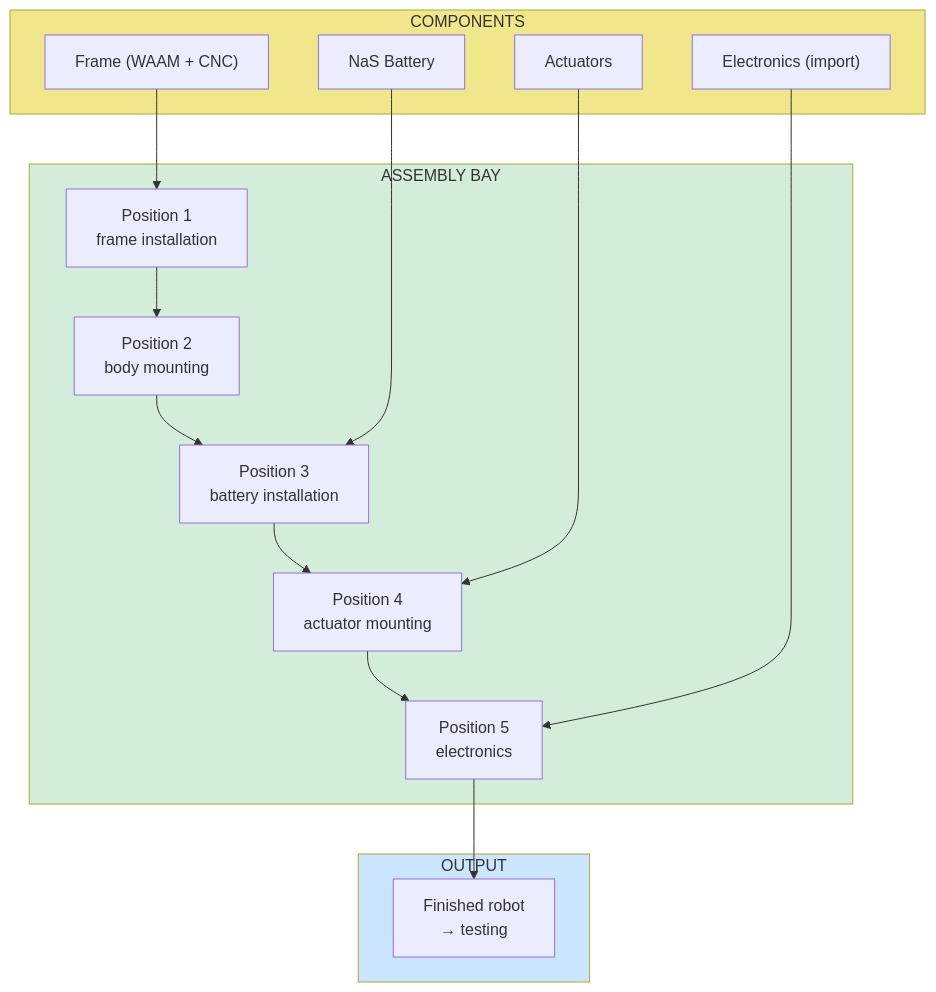
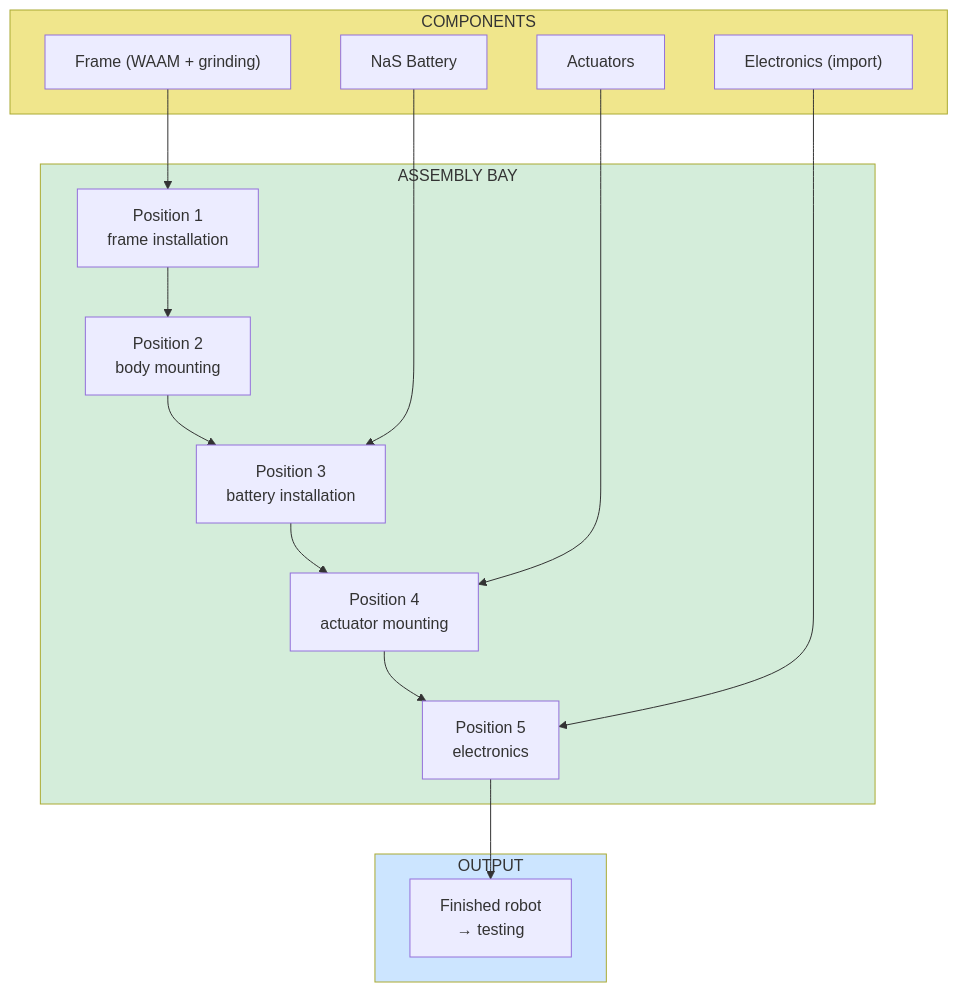
One commit to DmitryNasikanov/infinite-energy changed the diagram in en/science/detailed/robots/overview.qmd. Above: the diagram before and after it, drawn with Mermaid. The commit also changed other lines of this file and 35 other files, not shown here.

````diff
--- a/en/science/detailed/robots/overview.qmd
+++ b/en/science/detailed/robots/overview.qmd
@@ -146,35 +146,35 @@
 ```{mermaid}
 flowchart TD
     subgraph INPUT["COMPONENTS"]
-        FRAME["Frame (WAAM + CNC)"]
+        FRAME["Frame (WAAM + grinding)"]
         BATTERY["NaS Battery"]
         ACTUATORS["Actuators"]
         ELECTRONICS["Electronics (import)"]
     end
 
     subgraph ASSEMBLY["ASSEMBLY BAY"]
         POS1["Position 1<br/>frame installation"]
         POS2["Position 2<br/>body mounting"]
         POS3["Position 3<br/>battery installation"]
         POS4["Position 4<br/>actuator mounting"]
         POS5["Position 5<br/>electronics"]
     end
 
     subgraph OUTPUT["OUTPUT"]
         ROBOT["Finished robot<br/>→ testing"]
     end
 
     FRAME --> POS1
     POS1 --> POS2
     POS2 --> POS3
     BATTERY --> POS3
     POS3 --> POS4
     ACTUATORS --> POS4
     POS4 --> POS5
     ELECTRONICS --> POS5
     POS5 --> ROBOT
 
     style INPUT fill:#f0e68c
     style ASSEMBLY fill:#d4edda
     style OUTPUT fill:#cce5ff
 ```
````
